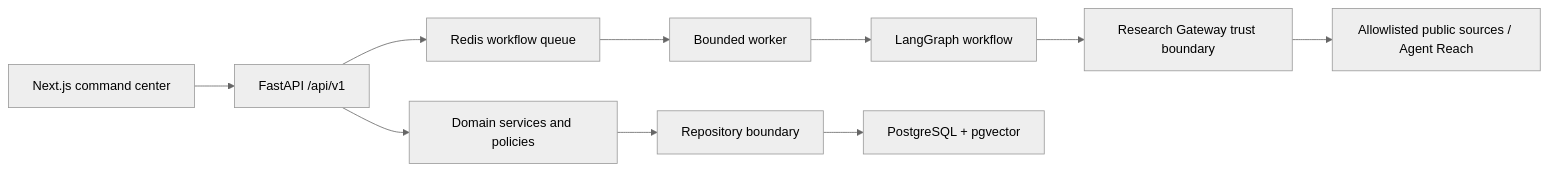
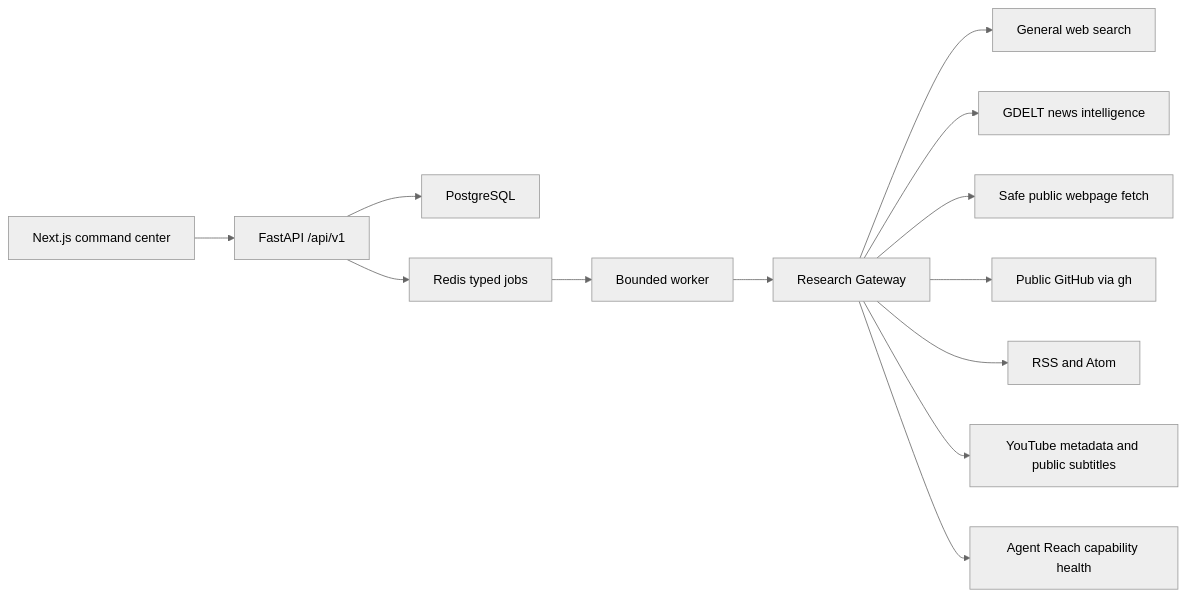
Before and after one commit to kubuworks-rgb/Gopilot---GTMOS: the diagram in README.md, drawn with Mermaid (neutral theme). The commit also changed other lines of this file and 43 other files, not shown here.

Commit message:
feat: add live research intelligence engine

````diff
--- a/README.md
+++ b/README.md
@@ -69,12 +33,15 @@
 ```mermaid
 flowchart LR
     Web["Next.js command center"] --> API["FastAPI /api/v1"]
-    API --> Domain["Domain services and policies"]
-    Domain --> Repo["Repository boundary"]
-    API --> Queue["Redis workflow queue"]
+    API --> DB["PostgreSQL"]
+    API --> Queue["Redis typed jobs"]
     Queue --> Worker["Bounded worker"]
-    Worker --> Graph["LangGraph workflow"]
-    Graph --> Gateway["Research Gateway trust boundary"]
-    Gateway --> Sources["Allowlisted public sources / Agent Reach"]
-    Repo --> DB["PostgreSQL + pgvector"]
+    Worker --> Gateway["Research Gateway"]
+    Gateway --> WebSearch["General web search"]
+    Gateway --> GDELT["GDELT news intelligence"]
+    Gateway --> HTTP["Safe public webpage fetch"]
+    Gateway --> GitHub["Public GitHub via gh"]
+    Gateway --> RSS["RSS and Atom"]
+    Gateway --> YouTube["YouTube metadata and public subtitles"]
+    Gateway --> Reach["Agent Reach capability health"]
 ```
````
